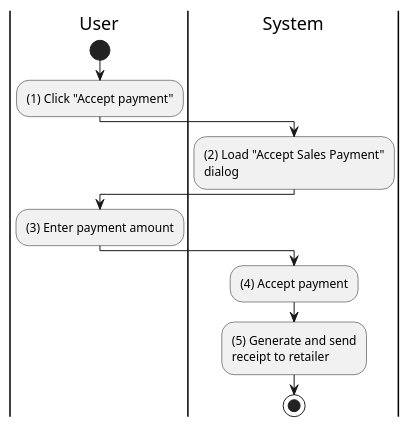
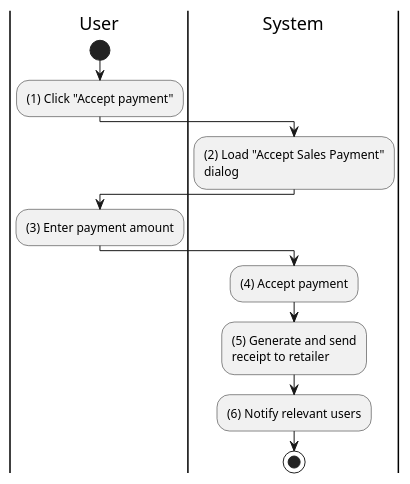
The diagram in activities/sales-order-accept-payment.plantuml (phihungha/scmss-reqs), drawn with PlantUML before and after one commit. The commit also changed 3 other files, not shown here.

```diff
--- a/activities/sales-order-accept-payment.plantuml
+++ b/activities/sales-order-accept-payment.plantuml
@@ -1,19 +1,20 @@
 @startuml sales-order-accept-payment
 |u|User
 |s|System
 
 |u|
 start
 :(1) Click "Accept payment";
 
 |s|
 :(2) Load "Accept Sales Payment"\ndialog;
 
 |u|
 :(3) Enter payment amount;
 
 |s|
 :(4) Accept payment;
 :(5) Generate and send\nreceipt to retailer;
+:(6) Notify relevant users;
 stop
 @enduml
```
